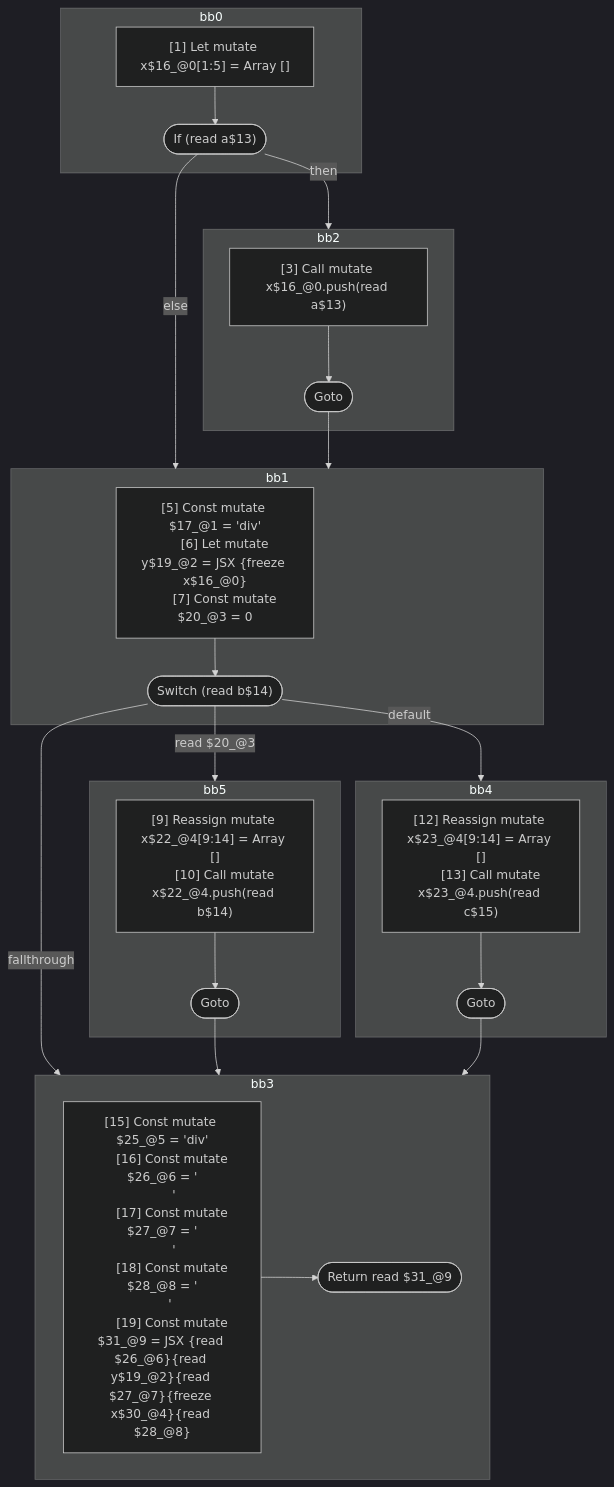
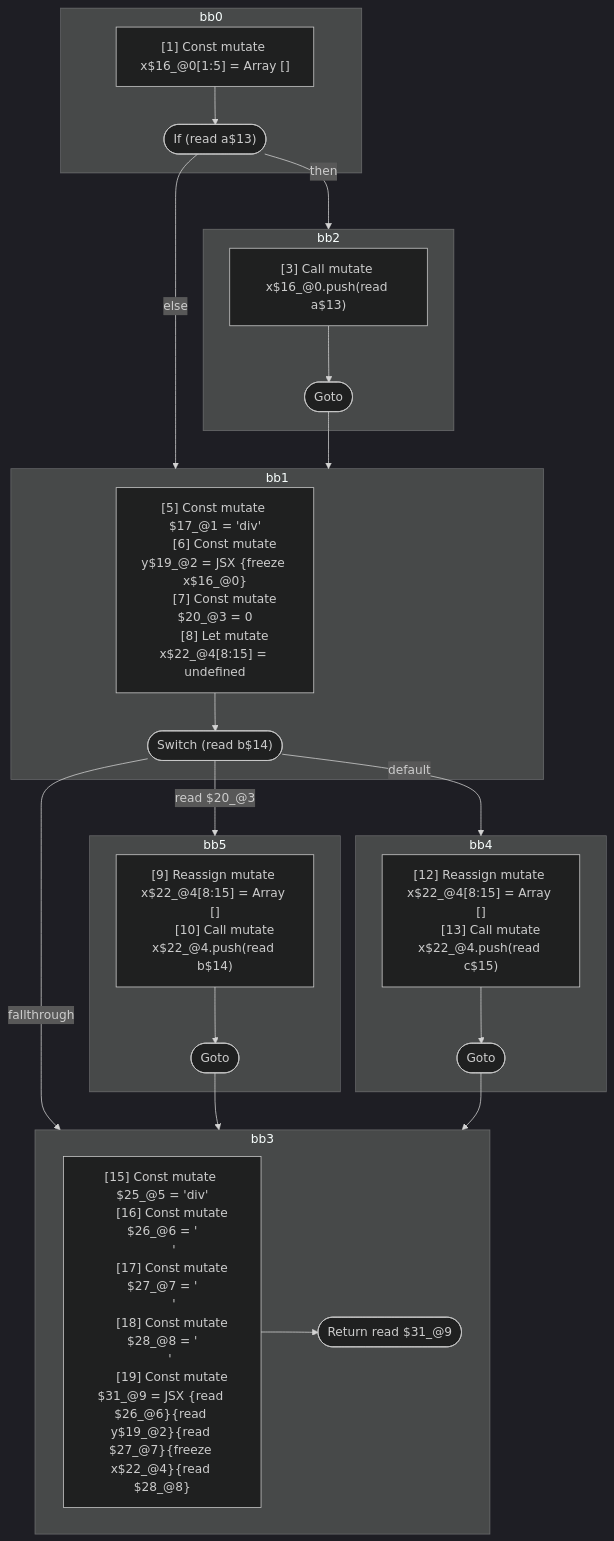
One commit to wutsmog/private changed the diagram in compiler/forget/src/__tests__/fixtures/hir/reassignment-separate-scopes.expect.md. Above: the diagram before and after it, drawn with Mermaid (dark theme). The commit also changed other lines of this file and 61 other files, not shown here.

````diff
--- a/compiler/forget/src/__tests__/fixtures/hir/reassignment-separate-scopes.expect.md
+++ b/compiler/forget/src/__tests__/fixtures/hir/reassignment-separate-scopes.expect.md
@@ -91,59 +92,60 @@
 ```mermaid
 flowchart TB
   %% Basic Blocks
   subgraph bb0
     bb0_instrs["
-      [1] Let mutate x$16_@0[1:5] = Array []
+      [1] Const mutate x$16_@0[1:5] = Array []
     "]
     bb0_instrs --> bb0_terminal(["If (read a$13)"])
   end
   subgraph bb2
     bb2_instrs["
       [3] Call mutate x$16_@0.push(read a$13)
     "]
     bb2_instrs --> bb2_terminal(["Goto"])
   end
   subgraph bb1
     bb1_instrs["
       [5] Const mutate $17_@1 = 'div'
-      [6] Let mutate y$19_@2 = JSX <read $17_@1>{freeze x$16_@0}</read $17_@1>
+      [6] Const mutate y$19_@2 = JSX <read $17_@1>{freeze x$16_@0}</read $17_@1>
       [7] Const mutate $20_@3 = 0
+      [8] Let mutate x$22_@4[8:15] = undefined
     "]
     bb1_instrs --> bb1_terminal(["Switch (read b$14)"])
   end
   subgraph bb5
     bb5_instrs["
-      [9] Reassign mutate x$22_@4[9:14] = Array []
+      [9] Reassign mutate x$22_@4[8:15] = Array []
       [10] Call mutate x$22_@4.push(read b$14)
     "]
     bb5_instrs --> bb5_terminal(["Goto"])
   end
   subgraph bb4
     bb4_instrs["
-      [12] Reassign mutate x$23_@4[9:14] = Array []
-      [13] Call mutate x$23_@4.push(read c$15)
+      [12] Reassign mutate x$22_@4[8:15] = Array []
+      [13] Call mutate x$22_@4.push(read c$15)
     "]
     bb4_instrs --> bb4_terminal(["Goto"])
   end
   subgraph bb3
     bb3_instrs["
       [15] Const mutate $25_@5 = 'div'
       [16] Const mutate $26_@6 = '\n      '
       [17] Const mutate $27_@7 = '\n      '
       [18] Const mutate $28_@8 = '\n    '
-      [19] Const mutate $31_@9 = JSX <read $25_@5>{read $26_@6}{read y$19_@2}{read $27_@7}{freeze x$30_@4}{read $28_@8}</read $25_@5>
+      [19] Const mutate $31_@9 = JSX <read $25_@5>{read $26_@6}{read y$19_@2}{read $27_@7}{freeze x$22_@4}{read $28_@8}</read $25_@5>
     "]
     bb3_instrs --> bb3_terminal(["Return read $31_@9"])
   end
 
   %% Jumps
   bb0_terminal -- "then" --> bb2
   bb0_terminal -- "else" --> bb1
   bb2_terminal --> bb1
   bb1_terminal -- "read $20_@3" --> bb5
   bb1_terminal -- "default" --> bb4
   bb1_terminal -- "fallthrough" --> bb3
   bb5_terminal --> bb3
   bb4_terminal --> bb3
 
 ```
````
